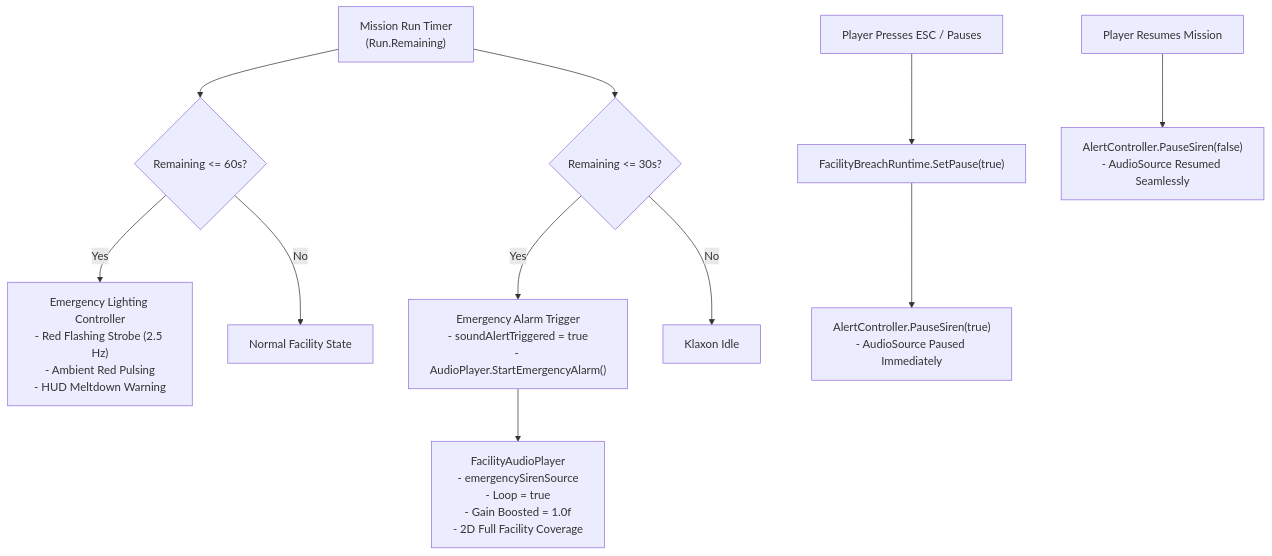
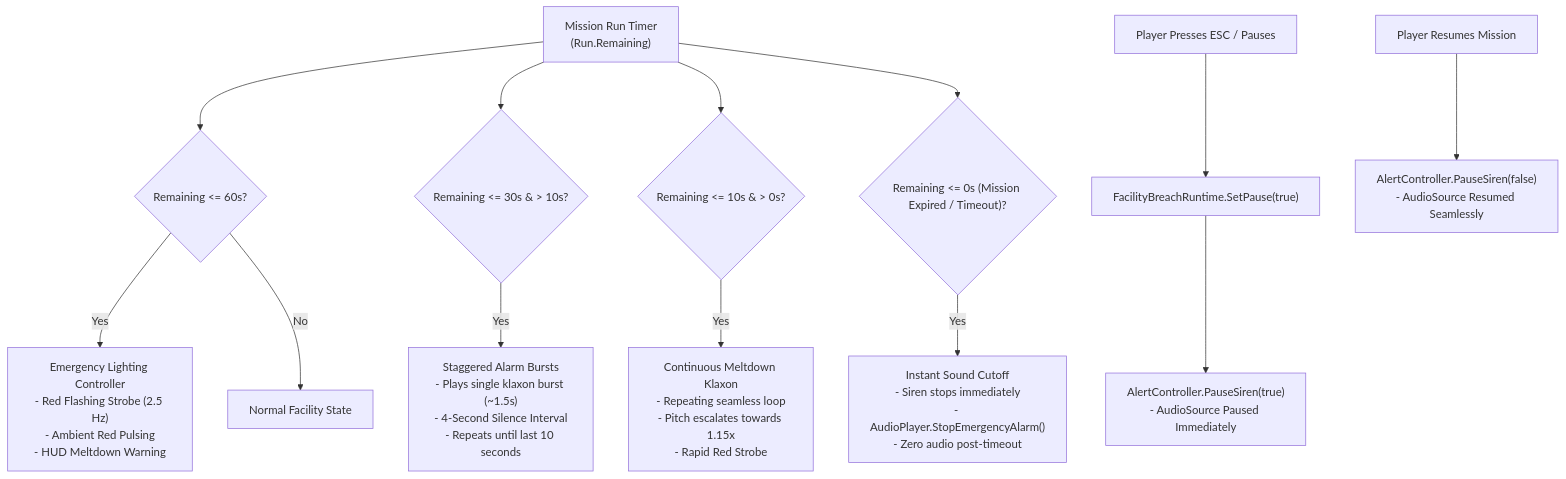
Before and after one commit to Kunchana-Wijesinghe/Interactive-3D-Shooting-Game-GV-IS: the fifth of 5 diagrams in docs/individual/IT24102587_GV_Part2_README.md, drawn with Mermaid. The commit also changed other lines of this file, not shown here.

Commit message:
docs(gv): document tactical button renderer, 50% volume calibration, and 4s staggered klaxon timing

````diff
--- a/docs/individual/IT24102587_GV_Part2_README.md
+++ b/docs/individual/IT24102587_GV_Part2_README.md
@@ -1188,16 +1188,19 @@
 ```mermaid
 graph TD
     Timer["Mission Run Timer<br/>(Run.Remaining)"] --> Check60{"Remaining <= 60s?"}
     Check60 -- Yes --> RedStrobe["Emergency Lighting Controller<br/>- Red Flashing Strobe (2.5 Hz)<br/>- Ambient Red Pulsing<br/>- HUD Meltdown Warning"]
     Check60 -- No --> NormalState["Normal Facility State"]
 
-    Timer --> Check30{"Remaining <= 30s?"}
-    Check30 -- Yes --> KlaxonTrigger["Emergency Alarm Trigger<br/>- soundAlertTriggered = true<br/>- AudioPlayer.StartEmergencyAlarm()"]
-    Check30 -- No --> SilentAlarm["Klaxon Idle"]
+    Timer --> Check30{"Remaining <= 30s & > 10s?"}
+    Check30 -- Yes --> KlaxonInterval["Staggered Alarm Bursts<br/>- Plays single klaxon burst (~1.5s)<br/>- 4-Second Silence Interval<br/>- Repeats until last 10 seconds"]
 
-    KlaxonTrigger --> AudioPlayer["FacilityAudioPlayer<br/>- emergencySirenSource<br/>- Loop = true<br/>- Gain Boosted = 1.0f<br/>- 2D Full Facility Coverage"]
+    Timer --> Check10{"Remaining <= 10s & > 0s?"}
+    Check10 -- Yes --> KlaxonContinuous["Continuous Meltdown Klaxon<br/>- Repeating seamless loop<br/>- Pitch escalates towards 1.15x<br/>- Rapid Red Strobe"]
+
+    Timer --> Check0{"Remaining <= 0s (Mission Expired / Timeout)?"}
+    Check0 -- Yes --> KlaxonHalt["Instant Sound Cutoff<br/>- Siren stops immediately<br/>- AudioPlayer.StopEmergencyAlarm()<br/>- Zero audio post-timeout"]
 
     EscKey["Player Presses ESC / Pauses"] --> PauseSync["FacilityBreachRuntime.SetPause(true)"]
     PauseSync --> AlertPause["AlertController.PauseSiren(true)<br/>- AudioSource Paused Immediately"]
     ResumeKey["Player Resumes Mission"] --> AlertResume["AlertController.PauseSiren(false)<br/>- AudioSource Resumed Seamlessly"]
 ```
````
